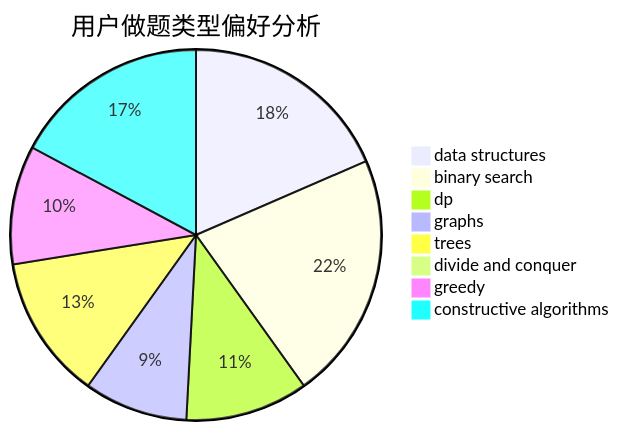
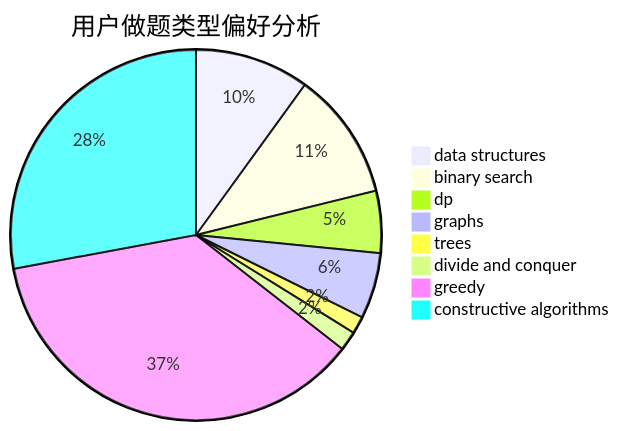
The second of 3 diagrams in docs/user/u1462.md (sherpahu/cfrs.github.io), drawn with Mermaid before and after one commit. The commit also changed other lines of this file and 2770 other files, not shown here.

````diff
--- a/docs/user/u1462.md
+++ b/docs/user/u1462.md
@@ -23,11 +23,11 @@
 ```mermaid
 pie title 用户做题类型偏好分析
-    "data structures" :  100
-    "binary search" :  117
-    "dp" :  58
-    "graphs" :  49
-    "trees" :  68
-    "divide and conquer" :  0
-    "greedy" :  56
-    "constructive algorithms" :  93
+    "data structures" :  59
+    "binary search" :  66
+    "dp" :  32
+    "graphs" :  34
+    "trees" :  9
+    "divide and conquer" :  10
+    "greedy" :  216
+    "constructive algorithms" :  165
 ```
````
